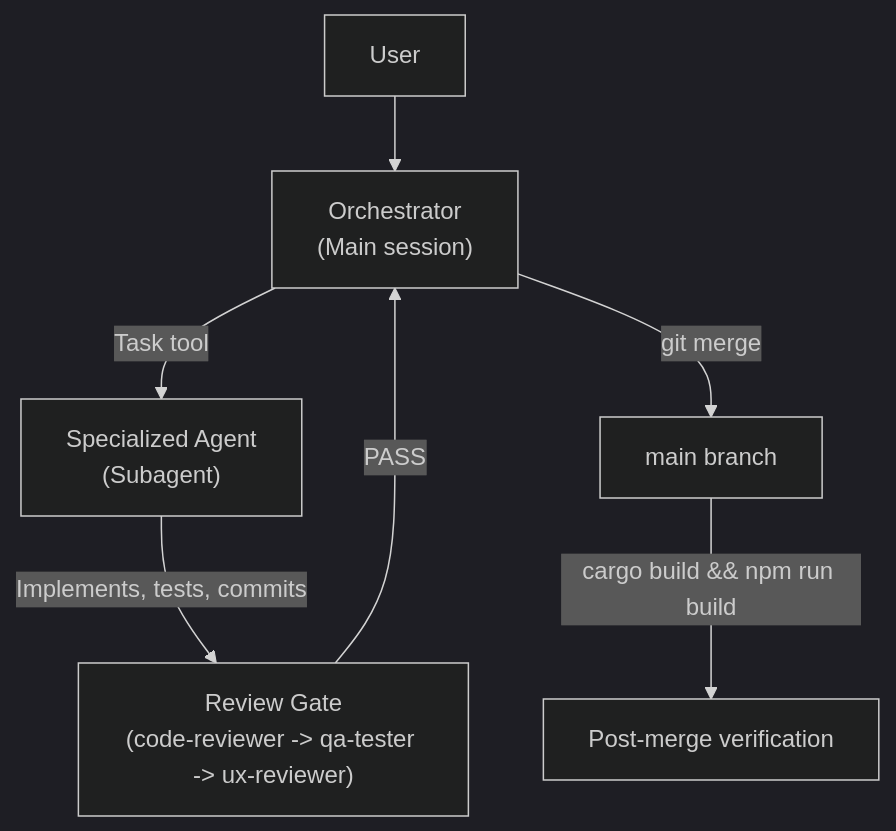
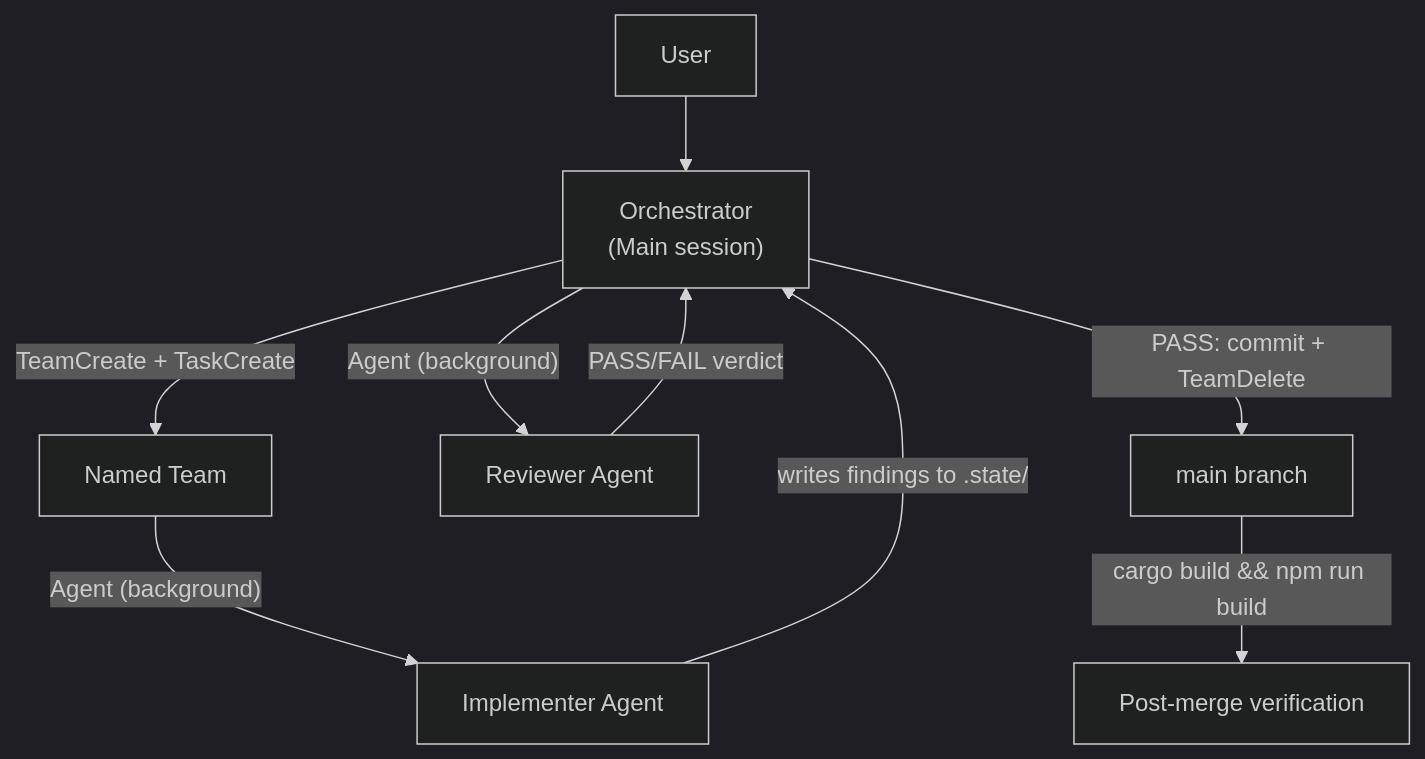
One commit to orqastudio/app changed the diagram in .orqa/documentation/platform/DOC-d9cc1f84.md. Above: the diagram before and after it, drawn with Mermaid (dark theme). The commit also changed other lines of this file and 59 other files, not shown here.

First line of the commit message:
chore: Phase 2 artifact cleanup — architecture doc refresh

````diff
--- a/.orqa/documentation/platform/DOC-d9cc1f84.md
+++ b/.orqa/documentation/platform/DOC-d9cc1f84.md
@@ -51,9 +56,11 @@
 ```mermaid
 graph TD
     User --> Orch["Orchestrator<br/>(Main session)"]
-    Orch -->|"Task tool"| Agent["Specialized Agent<br/>(Subagent)"]
-    Agent -->|"Implements, tests, commits"| Review["Review Gate<br/>(code-reviewer -> qa-tester -> ux-reviewer)"]
-    Review -->|"PASS"| Orch
-    Orch -->|"git merge"| Main["main branch"]
+    Orch -->|"TeamCreate + TaskCreate"| Team["Named Team"]
+    Team -->|"Agent (background)"| Impl["Implementer Agent"]
+    Impl -->|"writes findings to .state/"| Orch
+    Orch -->|"Agent (background)"| Rev["Reviewer Agent"]
+    Rev -->|"PASS/FAIL verdict"| Orch
+    Orch -->|"PASS: commit + TeamDelete"| Main["main branch"]
     Main -->|"cargo build && npm run build"| Verify["Post-merge verification"]
 ```
````
